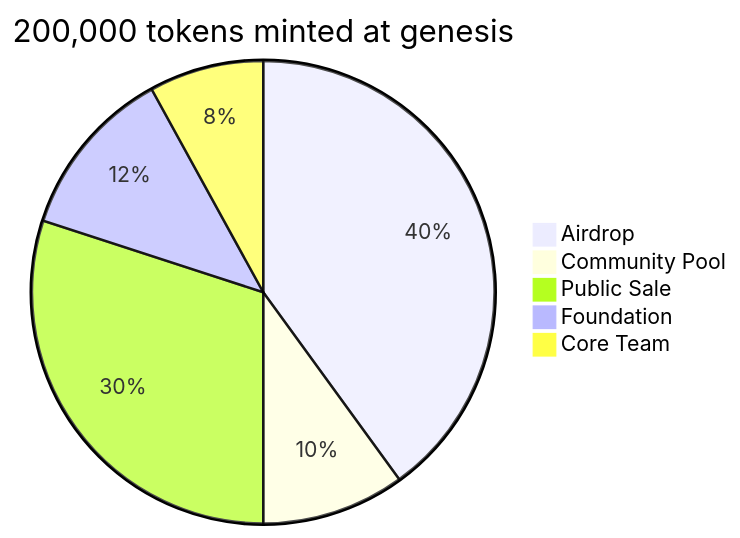
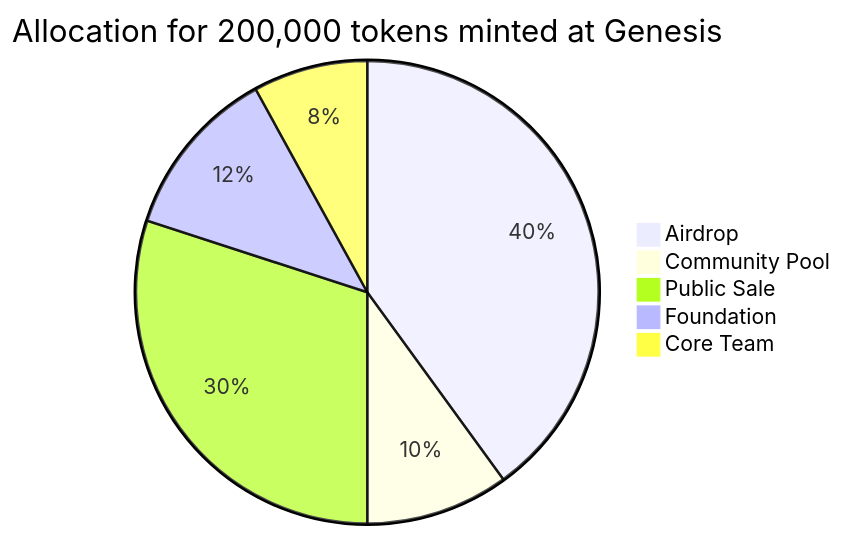
The diagram in project/description.md (ignite/example), drawn with Mermaid before and after one commit. The commit also changed other lines of this file, not shown here.

````diff
--- a/project/description.md
+++ b/project/description.md
@@ -23,9 +41,9 @@
 ```mermaid
 pie
-    title 200,000 tokens minted at genesis
+    title Allocation for 200,000 tokens minted at Genesis
     "Airdrop": 40
     "Community Pool": 10
     "Public Sale": 30
     "Foundation": 12
     "Core Team": 8
 ```
````
